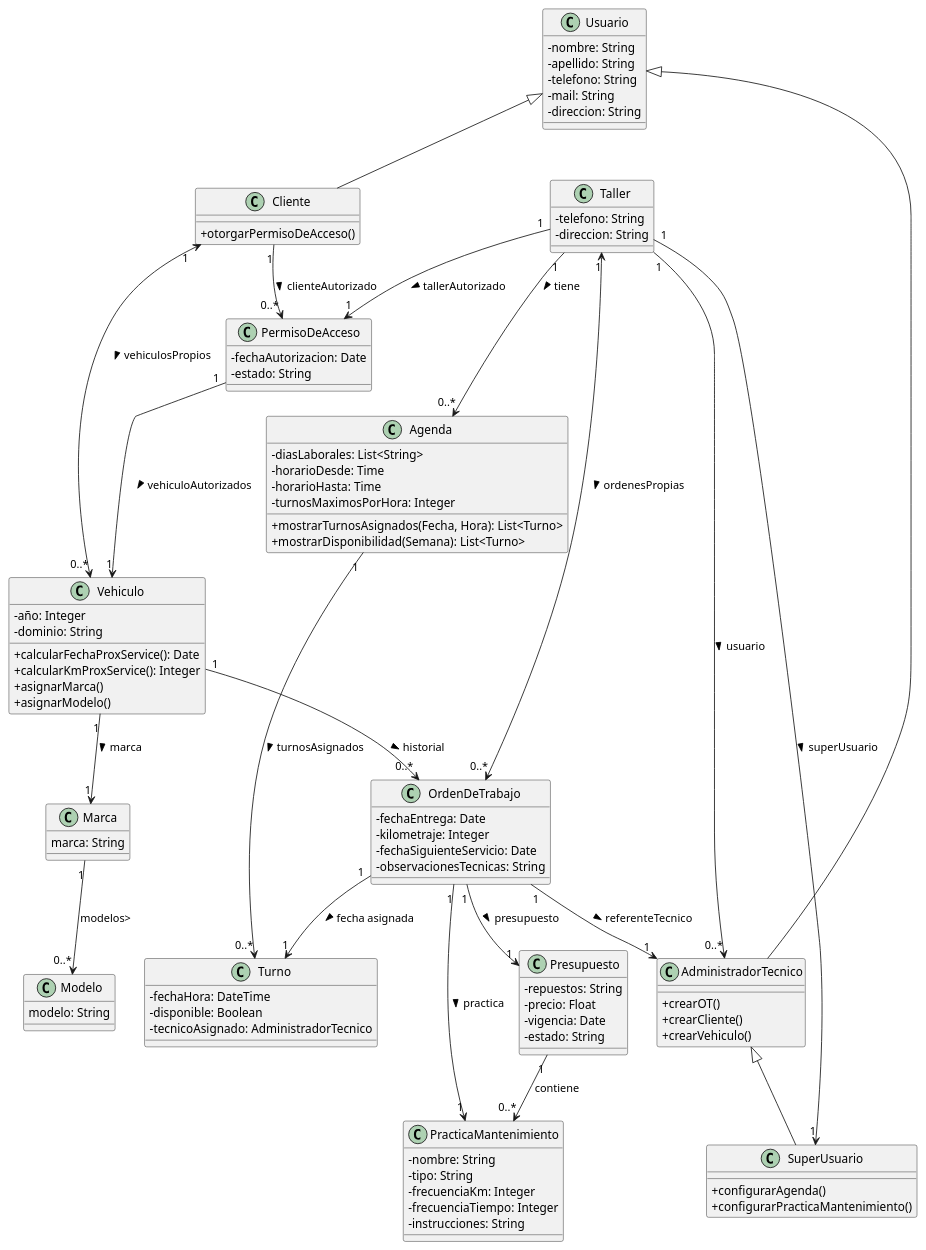
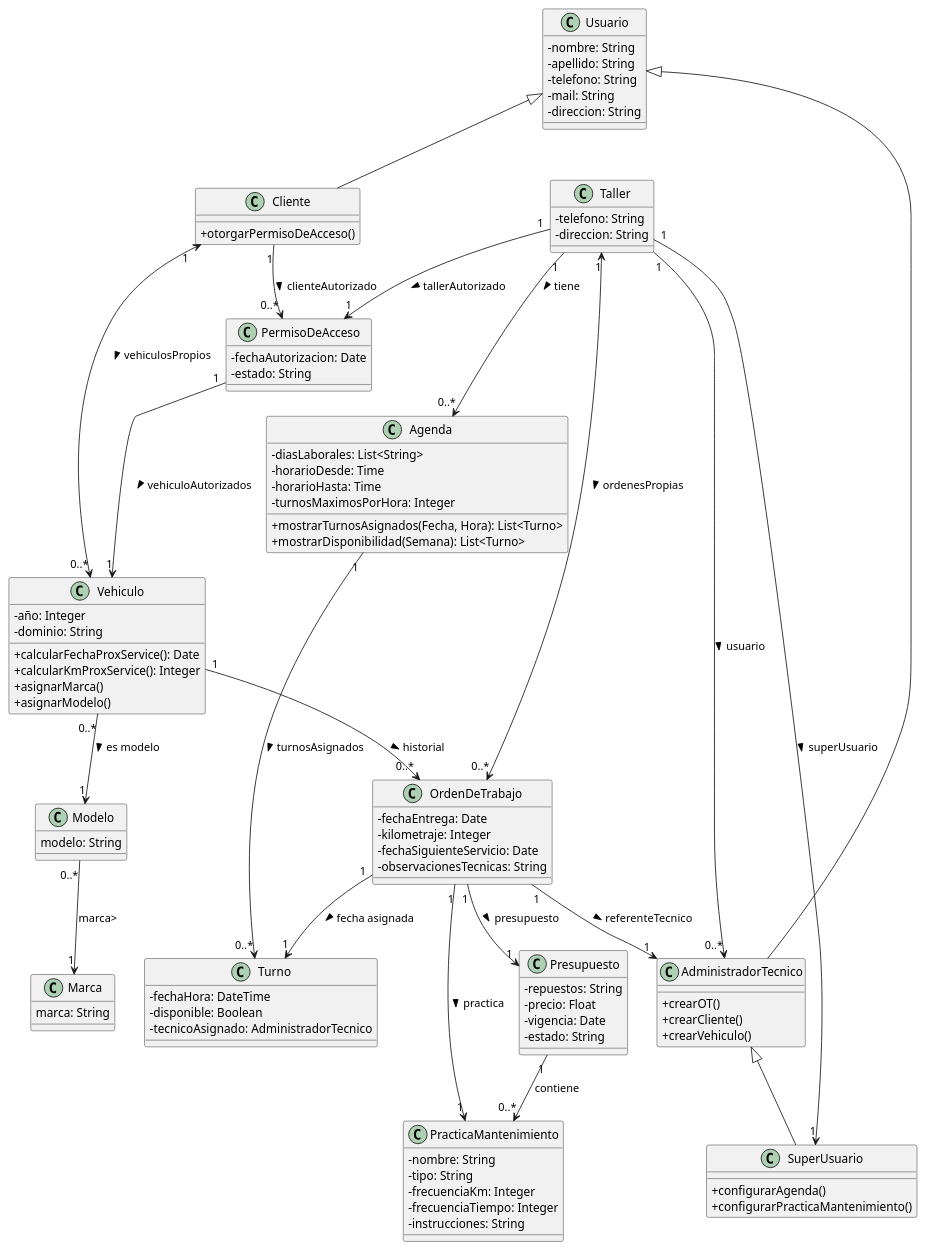
Before and after one commit to alexisbelesia/proyecto-Autolog: the diagram in BACKEND/UML/autologUML.puml, drawn with PlantUML. The commit also changed 5 other files, not shown here.

Commit message:
actualizo clases vehiculo, marca, modelo, ordenDeTrabajo, logica para calcular fecha siguiente turno para mantenimiento preventivo. Faltan las relaciones con los distintos tipos de usuarios

```diff
--- a/BACKEND/UML/autologUML.puml
+++ b/BACKEND/UML/autologUML.puml
@@ -1,127 +1,127 @@
 @startuml Autolog
 skinparam classAttributeIconSize 0
 
 class Vehiculo {
   - año: Integer
   - dominio: String
   
   
   + calcularFechaProxService(): Date
   + calcularKmProxService(): Integer
   + asignarMarca()
   + asignarModelo()
 }
 class Marca {
   marca: String
 }
 
 class Modelo {
   modelo: String
 }
 class Usuario {
   - nombre: String
   - apellido: String
   - telefono: String
   - mail: String
   - direccion: String
 }
 
 class OrdenDeTrabajo {
   
   - fechaEntrega: Date
   - kilometraje: Integer
   - fechaSiguienteServicio: Date
   - observacionesTecnicas: String
 
   
 }
 
 class Taller {
   - telefono: String
   - direccion: String
  
 }
 class Cliente {
   + otorgarPermisoDeAcceso()
 }
 class AdministradorTecnico {
     
     
     + crearOT()
     + crearCliente()
     + crearVehiculo()
 }
 
 class SuperUsuario {
     + configurarAgenda()
     + configurarPracticaMantenimiento()
 }
 
 
 class PermisoDeAcceso {
   - fechaAutorizacion: Date
   - estado: String
 }
 
 class PracticaMantenimiento {
   - nombre: String
   - tipo: String
   - frecuenciaKm: Integer
   - frecuenciaTiempo: Integer
   - instrucciones: String
 }
 
 class Presupuesto {
   - repuestos: String
   - precio: Float
   - vigencia: Date
   - estado: String
 }
 
 class Agenda {
   - diasLaborales: List<String>
   - horarioDesde: Time
   - horarioHasta: Time
   - turnosMaximosPorHora: Integer
 
   + mostrarTurnosAsignados(Fecha, Hora): List<Turno>
   + mostrarDisponibilidad(Semana): List<Turno>
 }
 
 class Turno {
   - fechaHora: DateTime
   - disponible: Boolean
   - tecnicoAsignado: AdministradorTecnico
 }
 
 ' Relaciones
 Usuario <|-- Cliente
 Usuario <|-- AdministradorTecnico
 Cliente "1" <--> "0..*" Vehiculo : vehiculosPropios >
 Cliente "1" --> "0..*" PermisoDeAcceso : clienteAutorizado >
 
 AdministradorTecnico <|-- SuperUsuario
 
 Vehiculo "1" --> "0..*" OrdenDeTrabajo : historial >
-Vehiculo "1" --> "1" Marca: marca > 
+Vehiculo "0..*" --> "1" Modelo: es modelo > 
 
-Marca "1"--> "0..*" Modelo: modelos>
+Modelo "0..*"--> "1" Marca: marca>
 
 OrdenDeTrabajo "1" --> "1" AdministradorTecnico : referenteTecnico >
 OrdenDeTrabajo "1" --> "1" PracticaMantenimiento : practica >
 OrdenDeTrabajo "1" --> "1" Presupuesto : presupuesto >
 OrdenDeTrabajo "1" --> "1" Turno : fecha asignada >
 
 Taller "1" <--> "0..*" OrdenDeTrabajo : ordenesPropias >
 Taller "1" --> "1" SuperUsuario : superUsuario >
 Taller "1" --> "0..*" AdministradorTecnico : usuario >
 Taller "1" --> "0..*" Agenda : tiene >
 
 
 PermisoDeAcceso "1" --> "1" Vehiculo : vehiculoAutorizados >
 Taller "1" --> "1" PermisoDeAcceso : tallerAutorizado >
 Agenda "1" --> "0..*" Turno : turnosAsignados >
 
 Presupuesto "1" --> "0..*" PracticaMantenimiento : contiene
 
 @enduml
```
